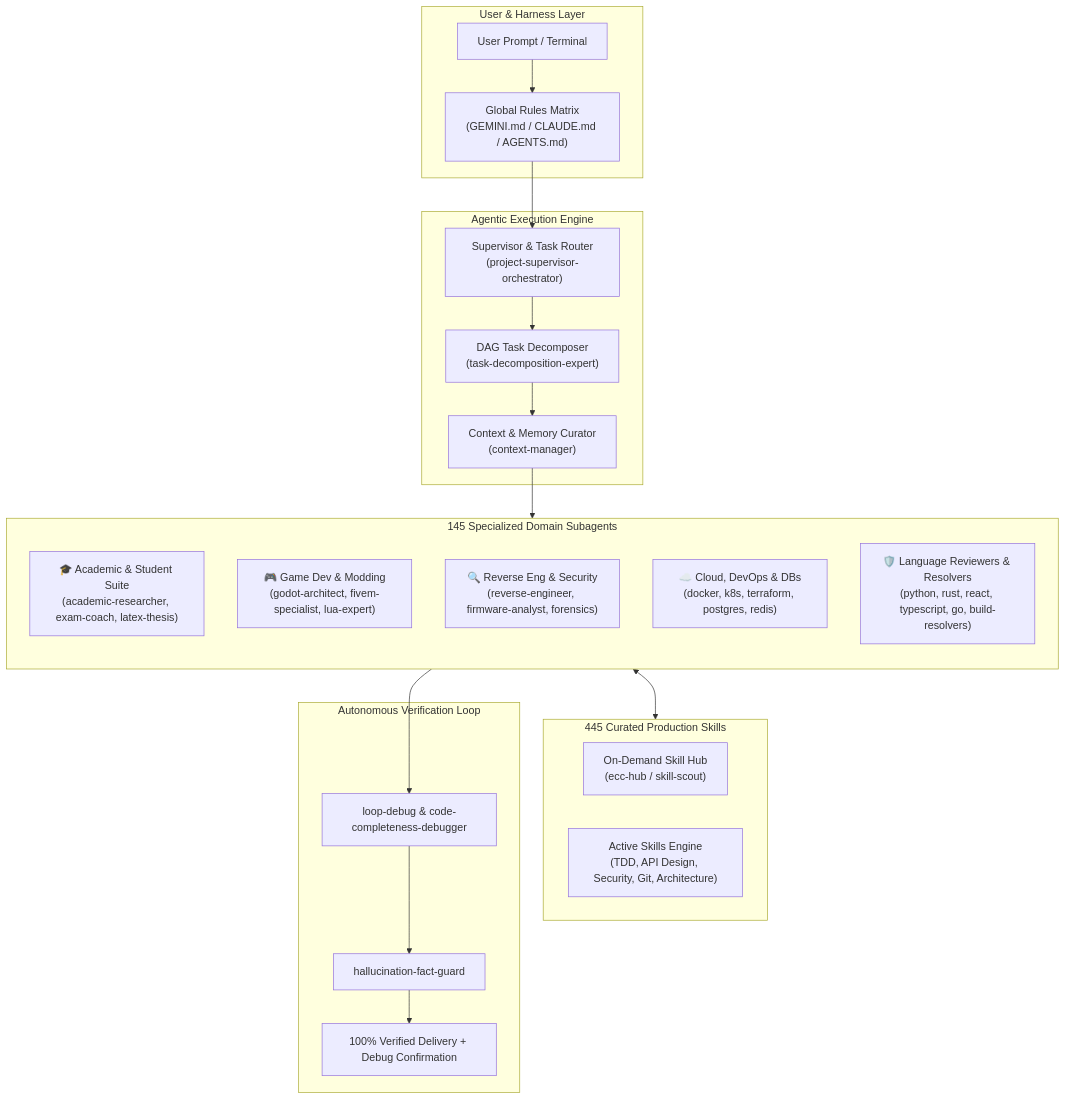
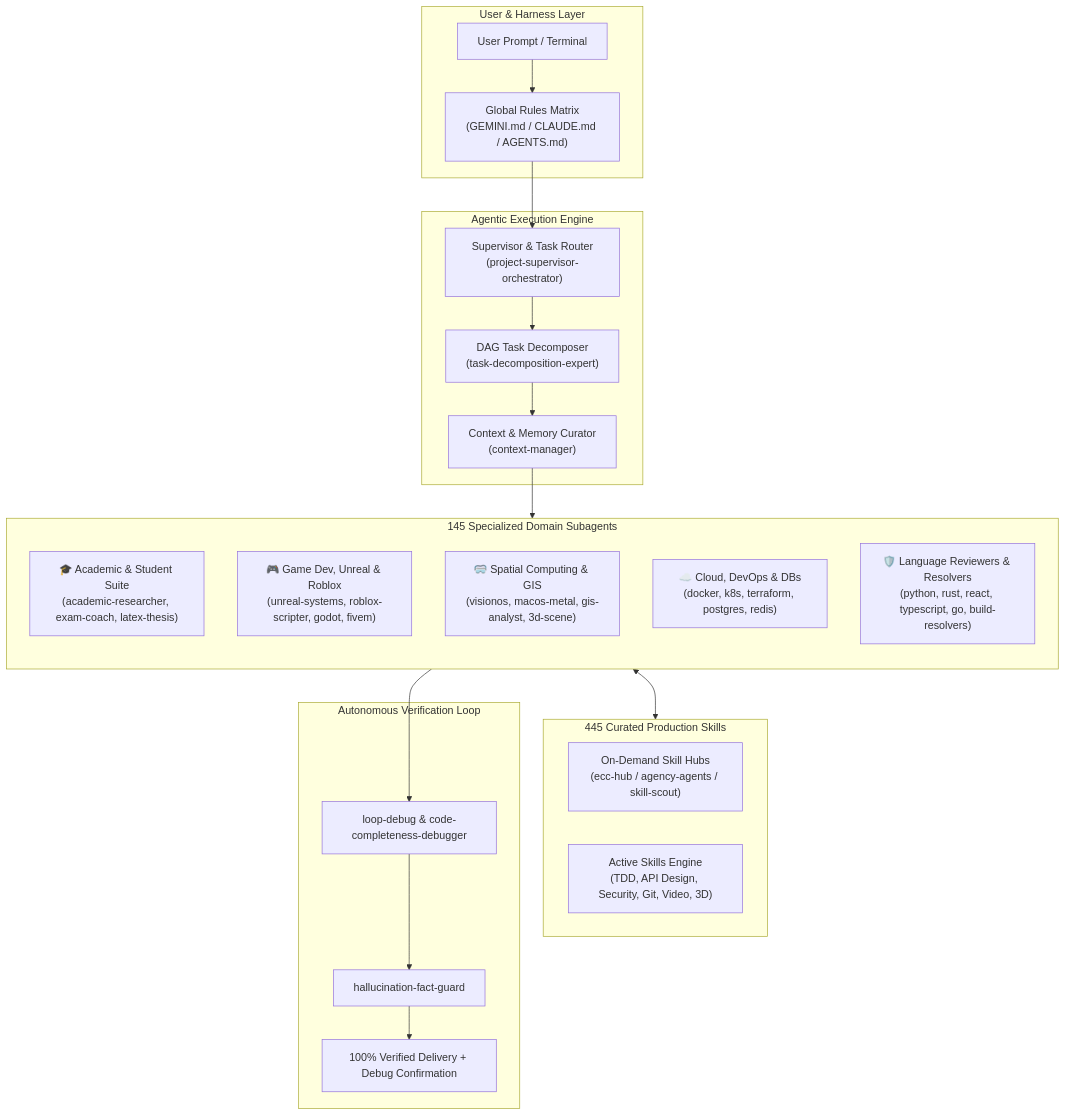
The diagram in README.md (Osama-Alzahrani-UQU/OmniAgentic), drawn with Mermaid before and after one commit. The commit also changed other lines of this file and 1 other file, not shown here.

````diff
--- a/README.md
+++ b/README.md
@@ -49,50 +50,50 @@
 ```mermaid
 flowchart TD
     subgraph UserInterface["User & Harness Layer"]
         CLI["User Prompt / Terminal"]
         Rules["Global Rules Matrix
 (GEMINI.md / CLAUDE.md / AGENTS.md)"]
     end
 
     subgraph CoreEngine["Agentic Execution Engine"]
         Supervisor["Supervisor & Task Router
 (project-supervisor-orchestrator)"]
         Decomposer["DAG Task Decomposer
 (task-decomposition-expert)"]
         ContextMgr["Context & Memory Curator
 (context-manager)"]
     end
 
     subgraph AgentFleet["145 Specialized Domain Subagents"]
         direction TB
         Academic["🎓 Academic & Student Suite
 (academic-researcher, exam-coach, latex-thesis)"]
-        GameDev["🎮 Game Dev & Modding
-(godot-architect, fivem-specialist, lua-expert)"]
-        ReverseEng["🔍 Reverse Eng & Security
-(reverse-engineer, firmware-analyst, forensics)"]
+        GameDev["🎮 Game Dev, Unreal & Roblox
+(unreal-systems, roblox-scripter, godot, fivem)"]
+        Spatial["🥽 Spatial Computing & GIS
+(visionos, macos-metal, gis-analyst, 3d-scene)"]
         CloudDB["☁️ Cloud, DevOps & DBs
 (docker, k8s, terraform, postgres, redis)"]
         CodeReview["🛡️ Language Reviewers & Resolvers
 (python, rust, react, typescript, go, build-resolvers)"]
     end
 
     subgraph SkillsMatrix["445 Curated Production Skills"]
-        SkillsHub["On-Demand Skill Hub
-(ecc-hub / skill-scout)"]
+        SkillsHub["On-Demand Skill Hubs
+(ecc-hub / agency-agents / skill-scout)"]
         ActiveSkills["Active Skills Engine
-(TDD, API Design, Security, Git, Architecture)"]
+(TDD, API Design, Security, Git, Video, 3D)"]
     end
 
     subgraph QualityGate["Autonomous Verification Loop"]
         Verifier["loop-debug & code-completeness-debugger"]
         FactGuard["hallucination-fact-guard"]
         Delivery["100% Verified Delivery + Debug Confirmation"]
     end
 
     CLI --> Rules --> Supervisor
     Supervisor --> Decomposer --> ContextMgr
     ContextMgr --> AgentFleet
     AgentFleet <--> SkillsMatrix
     AgentFleet --> Verifier --> FactGuard --> Delivery
 ```
````
